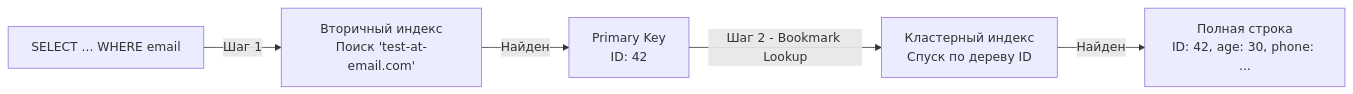
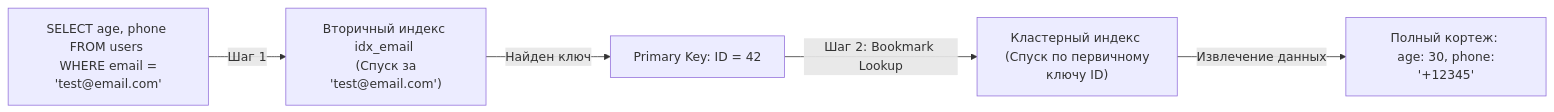
The second of 2 diagrams in sources/12. Базы данных/07. MySQL и форки/3. Индексы в MySQL.md (UnrealTemplier/go-textbook), drawn with Mermaid before and after one commit. The commit also changed other lines of this file, not shown here.

````diff
--- a/sources/12. Базы данных/07. MySQL и форки/3. Индексы в MySQL.md
+++ b/sources/12. Базы данных/07. MySQL и форки/3. Индексы в MySQL.md
@@ -69,7 +87,7 @@
 ```mermaid
 flowchart LR
-    Query["SELECT ... WHERE email"] -->|Шаг 1| SecIdx["Вторичный индекс<br>Поиск 'test-at-email.com'"]
-    SecIdx -->|Найден| PKValue["Primary Key<br>ID: 42"]
-    PKValue -->|Шаг 2 - Bookmark Lookup| ClustIdx["Кластерный индекс<br>Спуск по дереву ID"]
-    ClustIdx -->|Найден| Result["Полная строка<br>ID: 42, age: 30, phone: ..."]
+    Query["SELECT age, phone FROM users <br> WHERE email = 'test@email.com'"] -->|Шаг 1| SecIdx["Вторичный индекс idx_email <br> (Спуск за 'test@email.com')"]
+    SecIdx -->|Найден ключ| PKVal["Primary Key: ID = 42"]
+    PKVal -->|Шаг 2: Bookmark Lookup| ClustIdx["Кластерный индекс <br> (Спуск по первичному ключу ID)"]
+    ClustIdx -->|Извлечение данных| Result["Полный кортеж: <br> age: 30, phone: '+12345'"]
 ```
````
